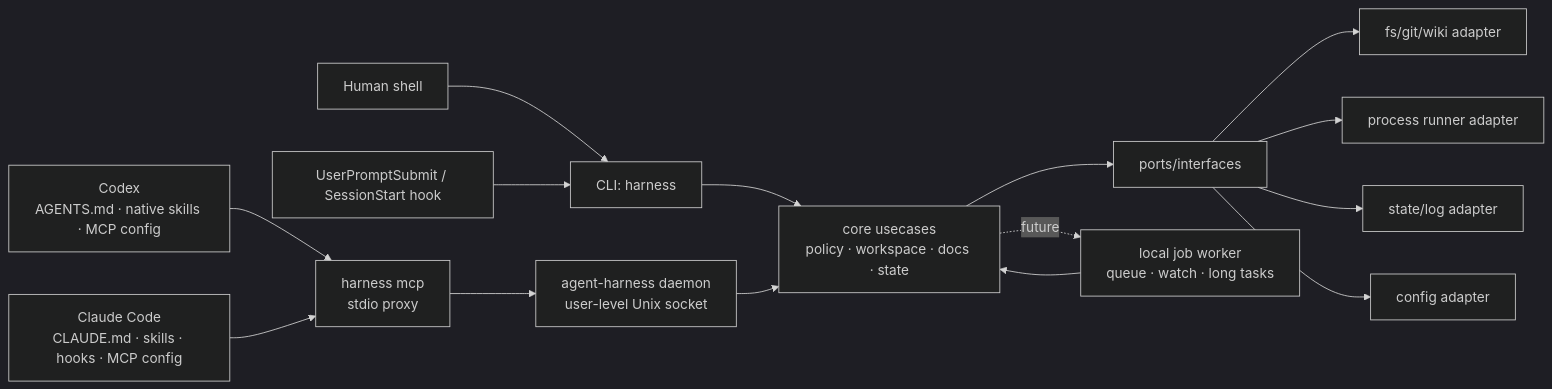
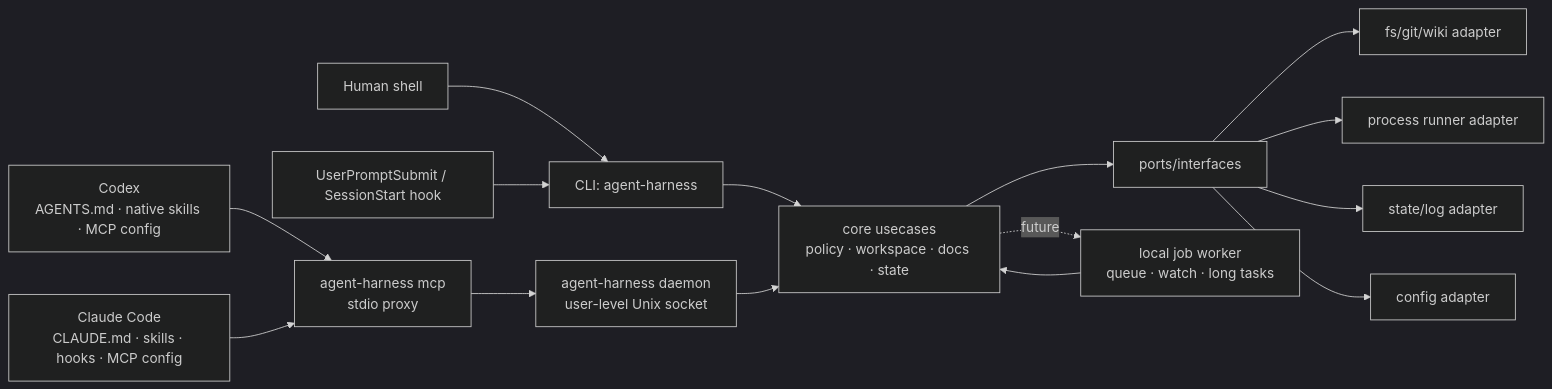
Before and after one commit to m16khb-org/agent-harness: the diagram in .agent-harness/ARCHITECTURE.md, drawn with Mermaid (dark theme). The commit also changed other lines of this file and 41 other files, not shown here.

````diff
--- a/.agent-harness/ARCHITECTURE.md
+++ b/.agent-harness/ARCHITECTURE.md
@@ -21,19 +21,19 @@
 ```mermaid
 flowchart LR
-    Codex["Codex<br/>AGENTS.md · native skills · MCP config"] --> MCPProxy["harness mcp<br/>stdio proxy"]
+    Codex["Codex<br/>AGENTS.md · native skills · MCP config"] --> MCPProxy["agent-harness mcp<br/>stdio proxy"]
     Claude["Claude Code<br/>CLAUDE.md · skills · hooks · MCP config"] --> MCPProxy
-    Human["Human shell"] --> CLI["CLI: harness"]
+    Human["Human shell"] --> CLI["CLI: agent-harness"]
     Hook["UserPromptSubmit / SessionStart hook"] --> CLI
 
     MCPProxy --> Daemon["agent-harness daemon<br/>user-level Unix socket"]
     CLI --> Core["core usecases<br/>policy · workspace · docs · state"]
     Daemon --> Core
     Core --> Ports["ports/interfaces"]
     Ports --> FS["fs/git/wiki adapter"]
     Ports --> Proc["process runner adapter"]
     Ports --> State["state/log adapter"]
     Ports --> Config["config adapter"]
 
     Core -. future .-> Worker["local job worker<br/>queue · watch · long tasks"]
     Worker --> Core
 ```
````
